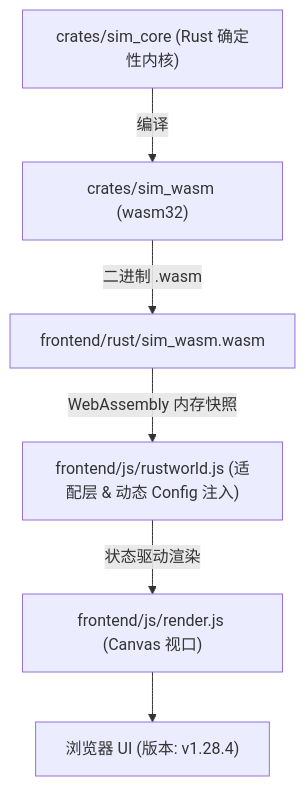
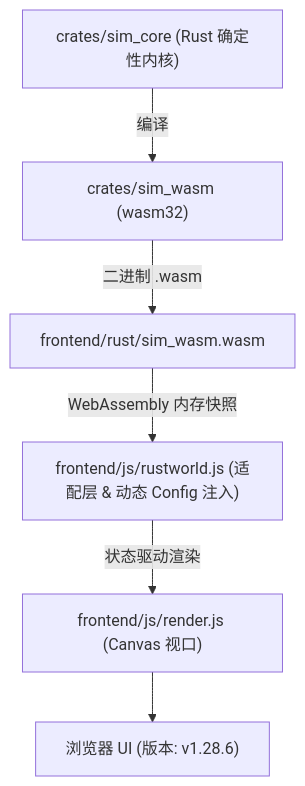
One commit to g39088902/FlowAndAccord changed the diagram in AGENTS.md. Above: the diagram before and after it, drawn with Mermaid. The commit also changed other lines of this file and 18 other files, not shown here.

````diff
--- a/AGENTS.md
+++ b/AGENTS.md
@@ -51,8 +51,8 @@
 ```mermaid
 graph TD
     A["crates/sim_core (Rust 确定性内核)"] -->|编译| B["crates/sim_wasm (wasm32)"]
     B -->|二进制 .wasm| C["frontend/rust/sim_wasm.wasm"]
     C -->|WebAssembly 内存快照| D["frontend/js/rustworld.js (适配层 & 动态 Config 注入)"]
     D -->|状态驱动渲染| E["frontend/js/render.js (Canvas 视口)"]
-    E --> F["浏览器 UI (版本: v1.28.4)"]
+    E --> F["浏览器 UI (版本: v1.28.6)"]
 ```
````
